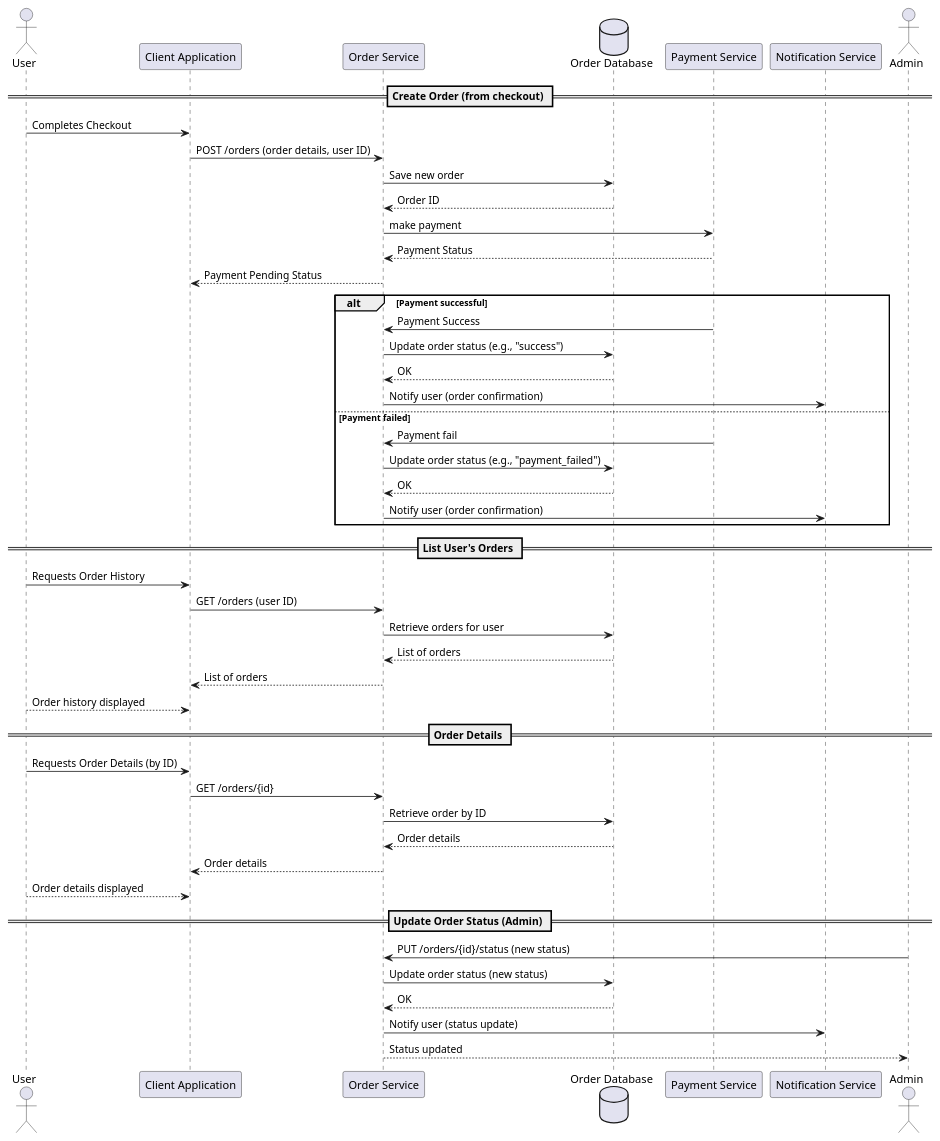
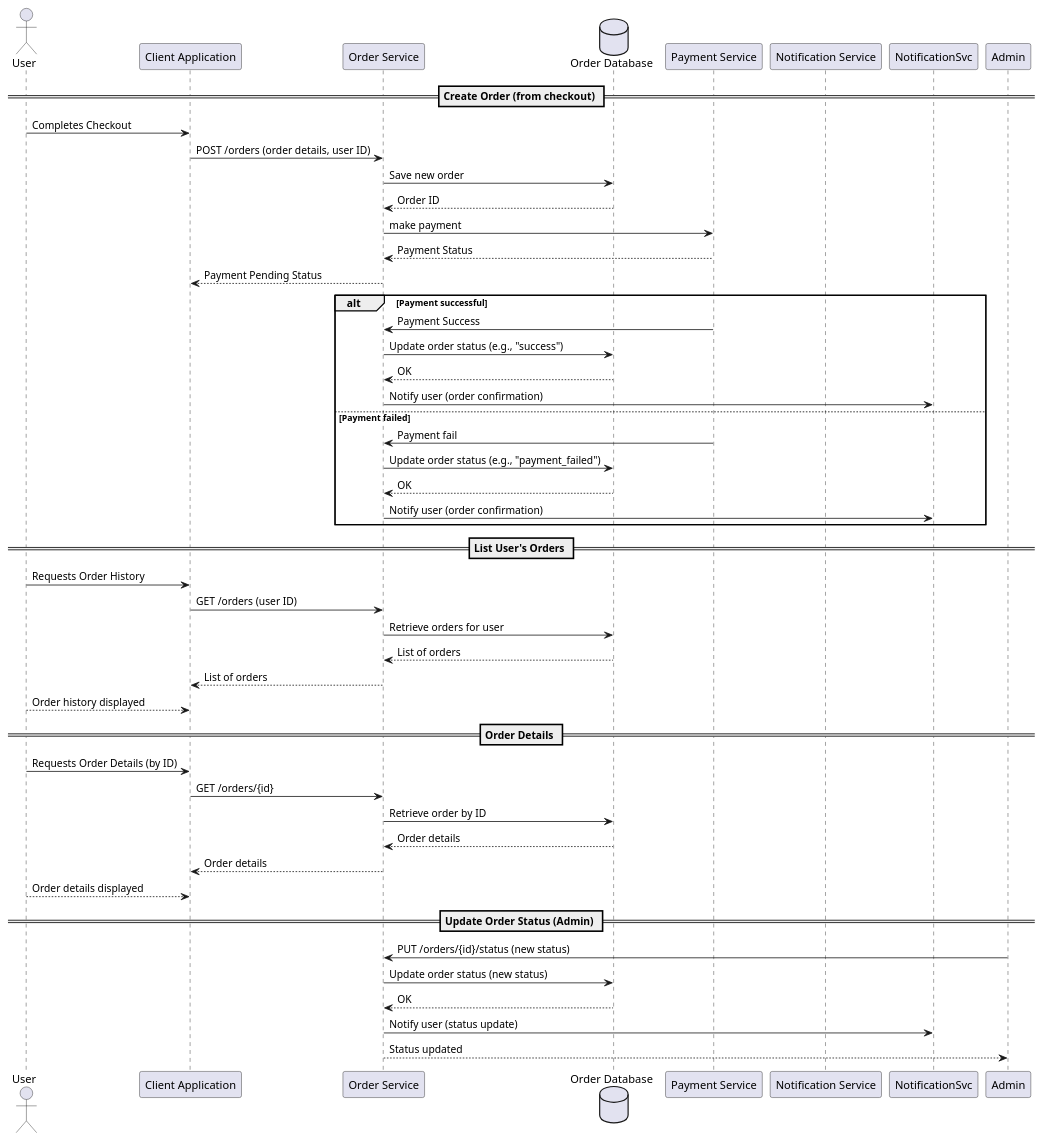
One commit to sirius1b/e-commerce changed the diagram in docs/plantuml/order-flow.puml. Above: the diagram before and after it, drawn with PlantUML. The commit also changed 1 other file, not shown here.

```diff
--- a/docs/plantuml/order-flow.puml
+++ b/docs/plantuml/order-flow.puml
@@ -1,55 +1,54 @@
 @startuml order-flow
 actor User 
 participant "Client Application" as Client
 participant "Order Service" as OrderSvc
 database "Order Database" as OrderDB
 participant "Payment Service" as PaymentSvc
-participant "Notification Service" as NotificationSvc
-actor Admin
+participant "Notification Service" as Notific
 
 == Create Order (from checkout) ==
 User -> Client: Completes Checkout
 Client -> OrderSvc: POST /orders (order details, user ID)
 OrderSvc -> OrderDB: Save new order
 OrderDB --> OrderSvc: Order ID
 OrderSvc -> PaymentSvc: make payment
 PaymentSvc --> OrderSvc: Payment Status
 OrderSvc --> Client: Payment Pending Status
 
 
 alt Payment successful
     PaymentSvc -> OrderSvc: Payment Success
 
     OrderSvc -> OrderDB: Update order status (e.g., "success")
     OrderDB --> OrderSvc: OK
     OrderSvc -> NotificationSvc: Notify user (order confirmation)
 else Payment failed
     PaymentSvc -> OrderSvc: Payment fail
     OrderSvc -> OrderDB: Update order status (e.g., "payment_failed")
     OrderDB --> OrderSvc: OK
     OrderSvc -> NotificationSvc: Notify user (order confirmation)
 end
 
 == List User's Orders ==
 User -> Client: Requests Order History
 Client -> OrderSvc: GET /orders (user ID)
 OrderSvc -> OrderDB: Retrieve orders for user
 OrderDB --> OrderSvc: List of orders
 OrderSvc --> Client: List of orders
 Client <-- User: Order history displayed
 
 == Order Details ==
 User -> Client: Requests Order Details (by ID)
 Client -> OrderSvc: GET /orders/{id}
 OrderSvc -> OrderDB: Retrieve order by ID
 OrderDB --> OrderSvc: Order details
 OrderSvc --> Client: Order details
 Client <-- User: Order details displayed
 
 == Update Order Status (Admin) ==
 Admin -> OrderSvc: PUT /orders/{id}/status (new status)
 OrderSvc -> OrderDB: Update order status (new status)
 OrderDB --> OrderSvc: OK
 OrderSvc -> NotificationSvc: Notify user (status update)
 OrderSvc --> Admin: Status updated
 @enduml
```
